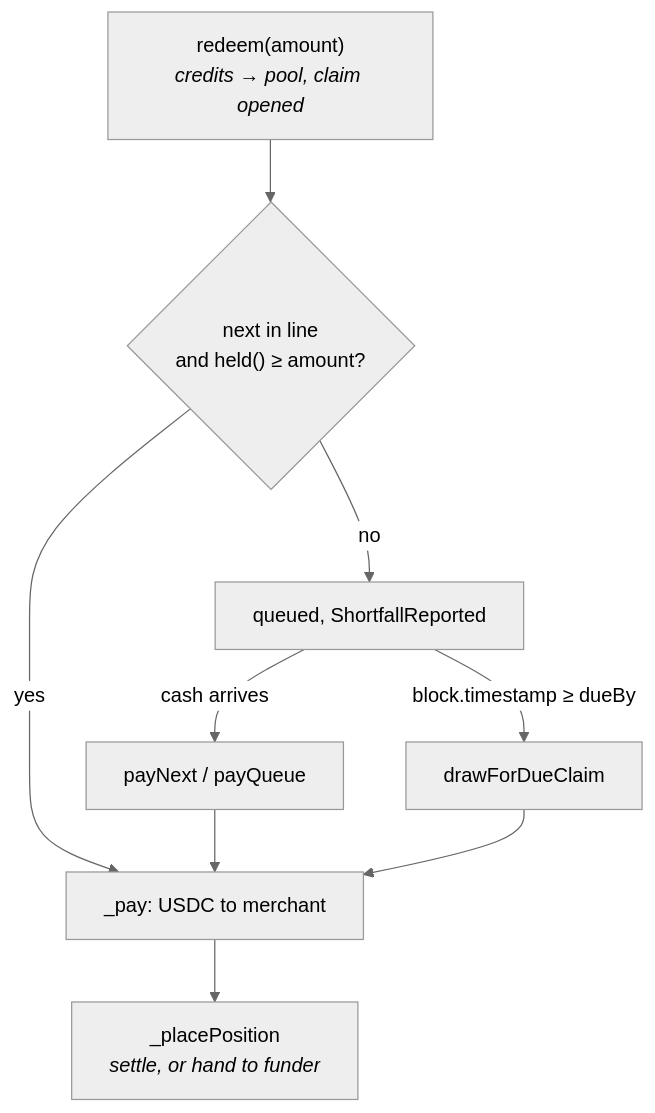
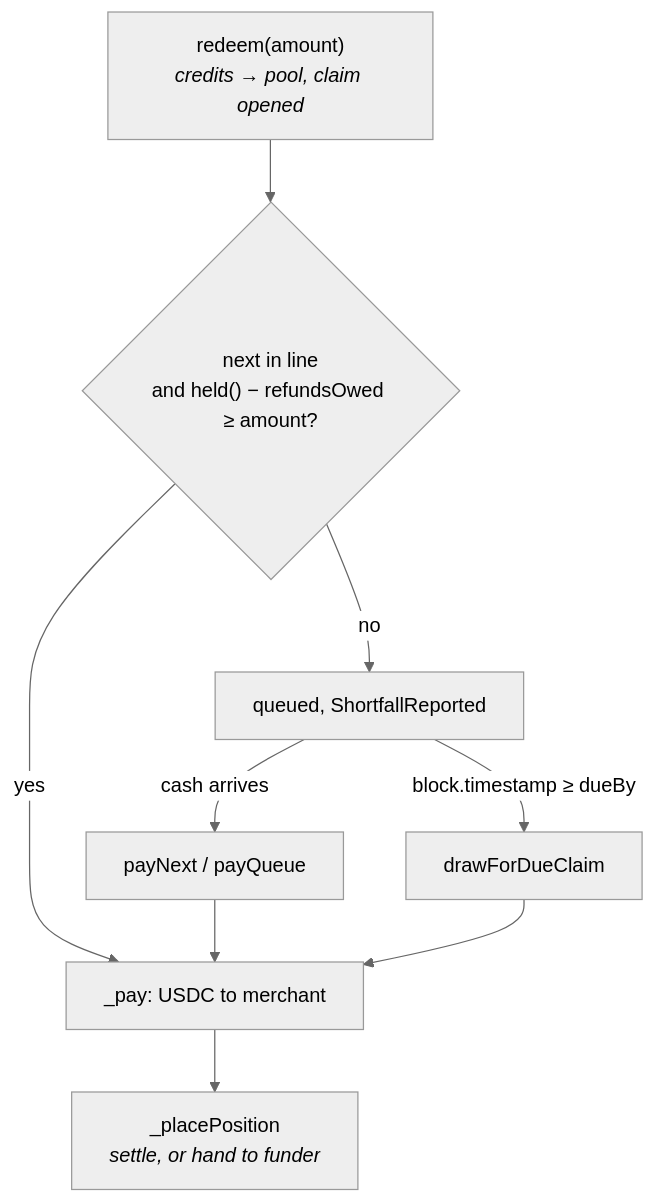
Before and after one commit to Deed3Labs/Protocol-Contracts: the diagram in docs/protocol/settlement.md, drawn with Mermaid (neutral theme). The commit also changed other lines of this file and 1 other file, not shown here.

First line of the commit message:
PayoutPool: upgraded on Base Sepolia, and settlement.md describes the fix [skip preview]

````diff
--- a/docs/protocol/settlement.md
+++ b/docs/protocol/settlement.md
@@ -73,11 +74,11 @@
 ```mermaid
 flowchart TD
-  R["redeem(amount)<br/><i>credits → pool, claim opened</i>"] --> Q{"next in line<br/>and held() ≥ amount?"}
+  R["redeem(amount)<br/><i>credits → pool, claim opened</i>"] --> Q{"next in line<br/>and held() − refundsOwed ≥ amount?"}
   Q -->|yes| P["_pay: USDC to merchant"]
   Q -->|no| W["queued, ShortfallReported"]
   W -->|"cash arrives"| N["payNext / payQueue"]
   W -->|"block.timestamp ≥ dueBy"| D["drawForDueClaim"]
   N --> P
   D --> P
   P --> PL["_placePosition<br/><i>settle, or hand to funder</i>"]
 ```
````
